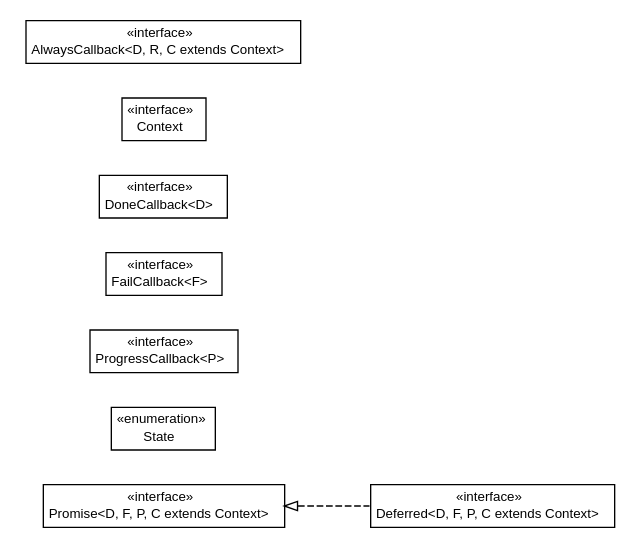
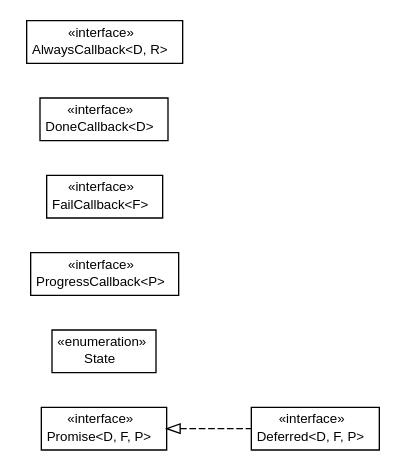
One commit to growbit/turbogwt-core changed the diagram in javadoc/apidocs/org/turbogwt/core/future/shared/org.turbogwt.core.future.shared.dot. Above: the diagram before and after it, drawn with Graphviz. The commit also changed 163 other files, not shown here.

```diff
--- a/javadoc/apidocs/org/turbogwt/core/future/shared/org.turbogwt.core.future.shared.dot
+++ b/javadoc/apidocs/org/turbogwt/core/future/shared/org.turbogwt.core.future.shared.dot
@@ -1,71 +1,64 @@
 #!/usr/local/bin/dot
 #
 # Class diagram 
 # Generated by UMLGraph version R5_6-24-gf6e263 (http://www.umlgraph.org/)
 #
 
 digraph G {
 	edge [fontname="arial",fontsize=10,labelfontname="arial",labelfontsize=10];
 	node [fontname="arial",fontsize=10,shape=plaintext];
 	nodesep=0.25;
 	ranksep=0.5;
 	rankdir=LR;
-	// org.turbogwt.core.future.shared.Promise<D, F, P, C extends org.turbogwt.core.future.shared.Context>
-	c50 [label=<<table title="org.turbogwt.core.future.shared.Promise" border="0" cellborder="1" cellspacing="0" cellpadding="2" port="p" href="./Promise.html">
+	// org.turbogwt.core.future.shared.Promise<D, F, P>
+	c47 [label=<<table title="org.turbogwt.core.future.shared.Promise" border="0" cellborder="1" cellspacing="0" cellpadding="2" port="p" href="./Promise.html">
 		<tr><td><table border="0" cellspacing="0" cellpadding="1">
 <tr><td align="center" balign="center"> &#171;interface&#187; </td></tr>
-<tr><td align="center" balign="center"> Promise&lt;D, F, P, C extends Context&gt; </td></tr>
+<tr><td align="center" balign="center"> Promise&lt;D, F, P&gt; </td></tr>
 		</table></td></tr>
 		</table>>, URL="./Promise.html", fontname="arial", fontcolor="black", fontsize=10.0];
 	// org.turbogwt.core.future.shared.Promise.State
-	c51 [label=<<table title="org.turbogwt.core.future.shared.Promise.State" border="0" cellborder="1" cellspacing="0" cellpadding="2" port="p" href="./Promise.State.html">
+	c48 [label=<<table title="org.turbogwt.core.future.shared.Promise.State" border="0" cellborder="1" cellspacing="0" cellpadding="2" port="p" href="./Promise.State.html">
 		<tr><td><table border="0" cellspacing="0" cellpadding="1">
 <tr><td align="center" balign="center"> &#171;enumeration&#187; </td></tr>
 <tr><td align="center" balign="center"> State </td></tr>
 		</table></td></tr>
 		</table>>, URL="./Promise.State.html", fontname="arial", fontcolor="black", fontsize=10.0];
 	// org.turbogwt.core.future.shared.ProgressCallback<P>
-	c52 [label=<<table title="org.turbogwt.core.future.shared.ProgressCallback" border="0" cellborder="1" cellspacing="0" cellpadding="2" port="p" href="./ProgressCallback.html">
+	c49 [label=<<table title="org.turbogwt.core.future.shared.ProgressCallback" border="0" cellborder="1" cellspacing="0" cellpadding="2" port="p" href="./ProgressCallback.html">
 		<tr><td><table border="0" cellspacing="0" cellpadding="1">
 <tr><td align="center" balign="center"> &#171;interface&#187; </td></tr>
 <tr><td align="center" balign="center"> ProgressCallback&lt;P&gt; </td></tr>
 		</table></td></tr>
 		</table>>, URL="./ProgressCallback.html", fontname="arial", fontcolor="black", fontsize=10.0];
 	// org.turbogwt.core.future.shared.FailCallback<F>
-	c53 [label=<<table title="org.turbogwt.core.future.shared.FailCallback" border="0" cellborder="1" cellspacing="0" cellpadding="2" port="p" href="./FailCallback.html">
+	c50 [label=<<table title="org.turbogwt.core.future.shared.FailCallback" border="0" cellborder="1" cellspacing="0" cellpadding="2" port="p" href="./FailCallback.html">
 		<tr><td><table border="0" cellspacing="0" cellpadding="1">
 <tr><td align="center" balign="center"> &#171;interface&#187; </td></tr>
 <tr><td align="center" balign="center"> FailCallback&lt;F&gt; </td></tr>
 		</table></td></tr>
 		</table>>, URL="./FailCallback.html", fontname="arial", fontcolor="black", fontsize=10.0];
 	// org.turbogwt.core.future.shared.DoneCallback<D>
-	c54 [label=<<table title="org.turbogwt.core.future.shared.DoneCallback" border="0" cellborder="1" cellspacing="0" cellpadding="2" port="p" href="./DoneCallback.html">
+	c51 [label=<<table title="org.turbogwt.core.future.shared.DoneCallback" border="0" cellborder="1" cellspacing="0" cellpadding="2" port="p" href="./DoneCallback.html">
 		<tr><td><table border="0" cellspacing="0" cellpadding="1">
 <tr><td align="center" balign="center"> &#171;interface&#187; </td></tr>
 <tr><td align="center" balign="center"> DoneCallback&lt;D&gt; </td></tr>
 		</table></td></tr>
 		</table>>, URL="./DoneCallback.html", fontname="arial", fontcolor="black", fontsize=10.0];
-	// org.turbogwt.core.future.shared.Deferred<D, F, P, C extends org.turbogwt.core.future.shared.Context>
-	c55 [label=<<table title="org.turbogwt.core.future.shared.Deferred" border="0" cellborder="1" cellspacing="0" cellpadding="2" port="p" href="./Deferred.html">
+	// org.turbogwt.core.future.shared.Deferred<D, F, P>
+	c52 [label=<<table title="org.turbogwt.core.future.shared.Deferred" border="0" cellborder="1" cellspacing="0" cellpadding="2" port="p" href="./Deferred.html">
 		<tr><td><table border="0" cellspacing="0" cellpadding="1">
 <tr><td align="center" balign="center"> &#171;interface&#187; </td></tr>
-<tr><td align="center" balign="center"> Deferred&lt;D, F, P, C extends Context&gt; </td></tr>
+<tr><td align="center" balign="center"> Deferred&lt;D, F, P&gt; </td></tr>
 		</table></td></tr>
 		</table>>, URL="./Deferred.html", fontname="arial", fontcolor="black", fontsize=10.0];
-	// org.turbogwt.core.future.shared.Context
-	c56 [label=<<table title="org.turbogwt.core.future.shared.Context" border="0" cellborder="1" cellspacing="0" cellpadding="2" port="p" href="./Context.html">
+	// org.turbogwt.core.future.shared.AlwaysCallback<D, R>
+	c53 [label=<<table title="org.turbogwt.core.future.shared.AlwaysCallback" border="0" cellborder="1" cellspacing="0" cellpadding="2" port="p" href="./AlwaysCallback.html">
 		<tr><td><table border="0" cellspacing="0" cellpadding="1">
 <tr><td align="center" balign="center"> &#171;interface&#187; </td></tr>
-<tr><td align="center" balign="center"> Context </td></tr>
-		</table></td></tr>
-		</table>>, URL="./Context.html", fontname="arial", fontcolor="black", fontsize=10.0];
-	// org.turbogwt.core.future.shared.AlwaysCallback<D, R, C extends org.turbogwt.core.future.shared.Context>
-	c57 [label=<<table title="org.turbogwt.core.future.shared.AlwaysCallback" border="0" cellborder="1" cellspacing="0" cellpadding="2" port="p" href="./AlwaysCallback.html">
-		<tr><td><table border="0" cellspacing="0" cellpadding="1">
-<tr><td align="center" balign="center"> &#171;interface&#187; </td></tr>
-<tr><td align="center" balign="center"> AlwaysCallback&lt;D, R, C extends Context&gt; </td></tr>
+<tr><td align="center" balign="center"> AlwaysCallback&lt;D, R&gt; </td></tr>
 		</table></td></tr>
 		</table>>, URL="./AlwaysCallback.html", fontname="arial", fontcolor="black", fontsize=10.0];
-	//org.turbogwt.core.future.shared.Deferred<D, F, P, C extends org.turbogwt.core.future.shared.Context> implements org.turbogwt.core.future.shared.Promise<D, F, P, C extends org.turbogwt.core.future.shared.Context>
-	c50:p -> c55:p [dir=back,arrowtail=empty,style=dashed];
+	//org.turbogwt.core.future.shared.Deferred<D, F, P> implements org.turbogwt.core.future.shared.Promise<D, F, P>
+	c47:p -> c52:p [dir=back,arrowtail=empty,style=dashed];
 }
```
